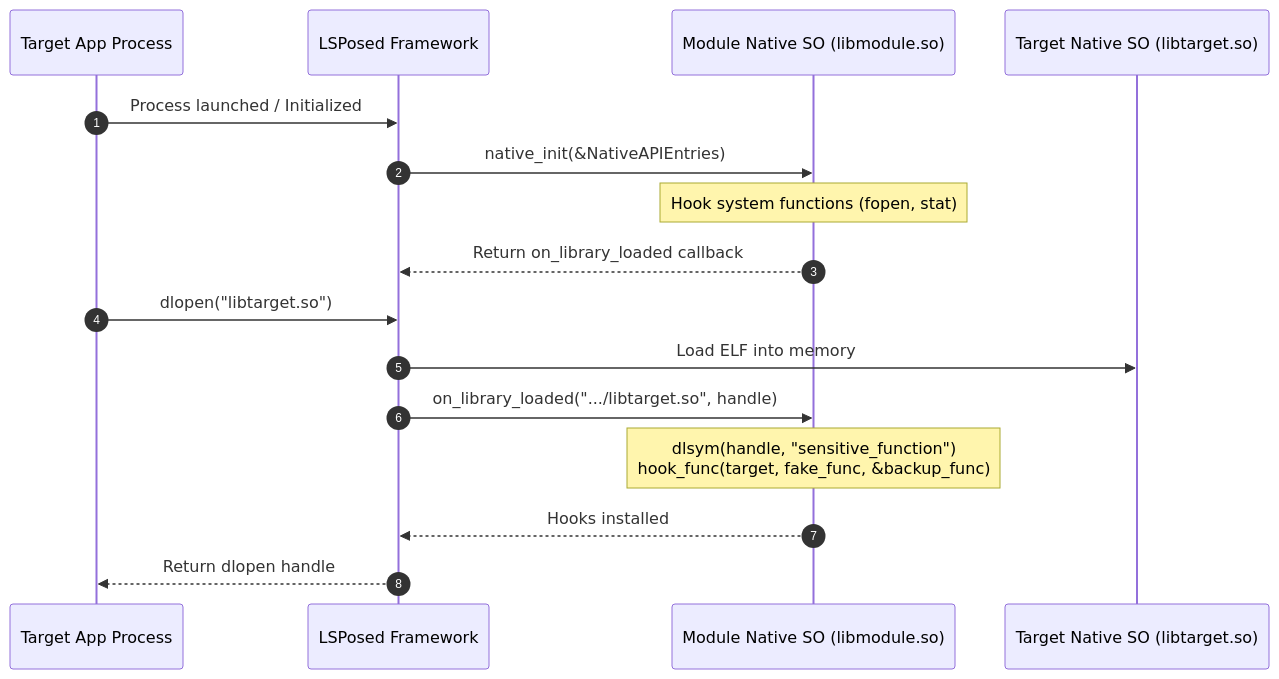
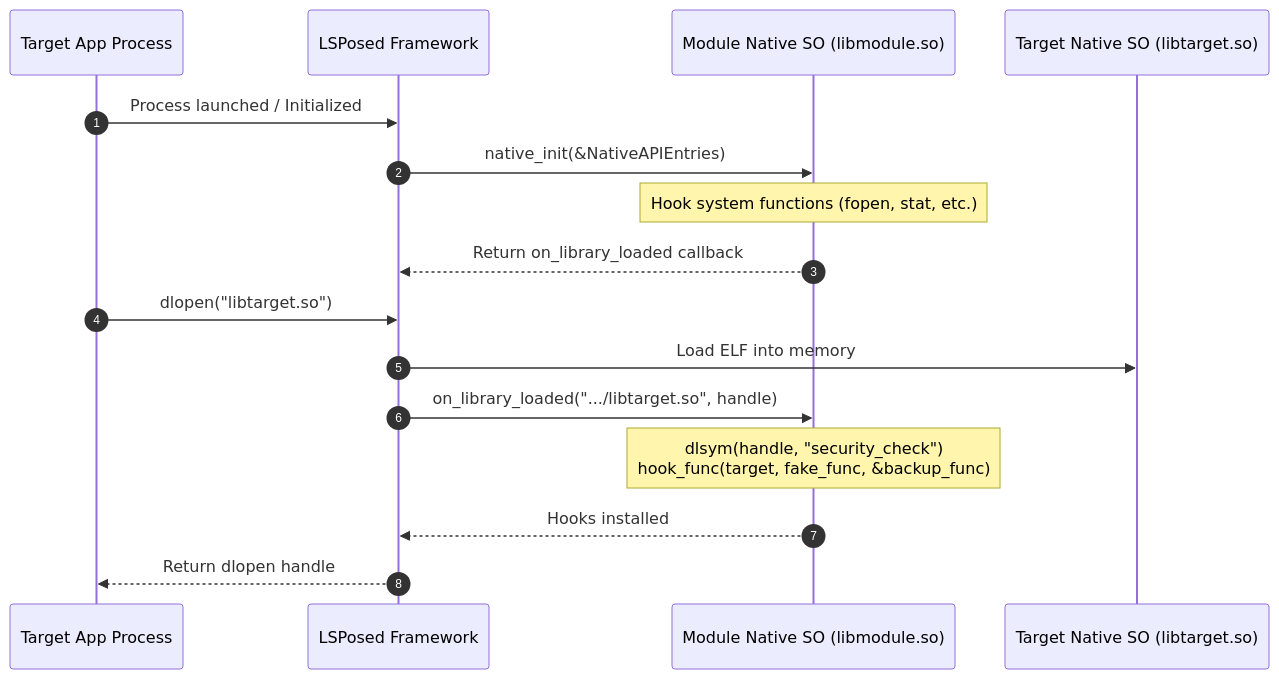
Before and after one commit to s1ddhants1/lsposed-libxposed: the diagram in references/native_hooking.md, drawn with Mermaid. The commit also changed other lines of this file and 6 other files, not shown here.

````diff
--- a/references/native_hooking.md
+++ b/references/native_hooking.md
@@ -11,20 +14,20 @@
 ```mermaid
 sequenceDiagram
     autonumber
     participant App as Target App Process
     participant Framework as LSPosed Framework
     participant ModuleSo as Module Native SO (libmodule.so)
     participant TargetSo as Target Native SO (libtarget.so)
 
     App->>Framework: Process launched / Initialized
     Framework->>ModuleSo: native_init(&NativeAPIEntries)
-    Note over ModuleSo: Hook system functions (fopen, stat)
+    Note over ModuleSo: Hook system functions (fopen, stat, etc.)
     ModuleSo-->>Framework: Return on_library_loaded callback
 
     App->>Framework: dlopen("libtarget.so")
     Framework->>TargetSo: Load ELF into memory
     Framework->>ModuleSo: on_library_loaded(".../libtarget.so", handle)
-    Note over ModuleSo: dlsym(handle, "sensitive_function")<br/>hook_func(target, fake_func, &backup_func)
+    Note over ModuleSo: dlsym(handle, "security_check")<br/>hook_func(target, fake_func, &backup_func)
     ModuleSo-->>Framework: Hooks installed
     Framework-->>App: Return dlopen handle
 ```
````
